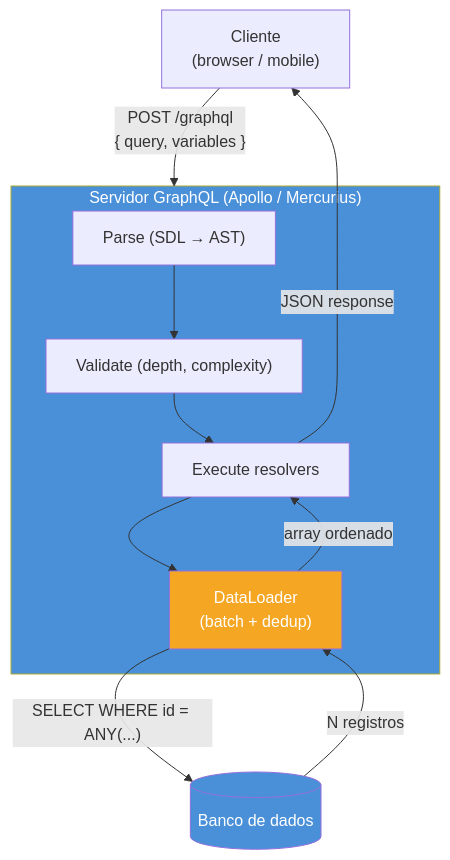
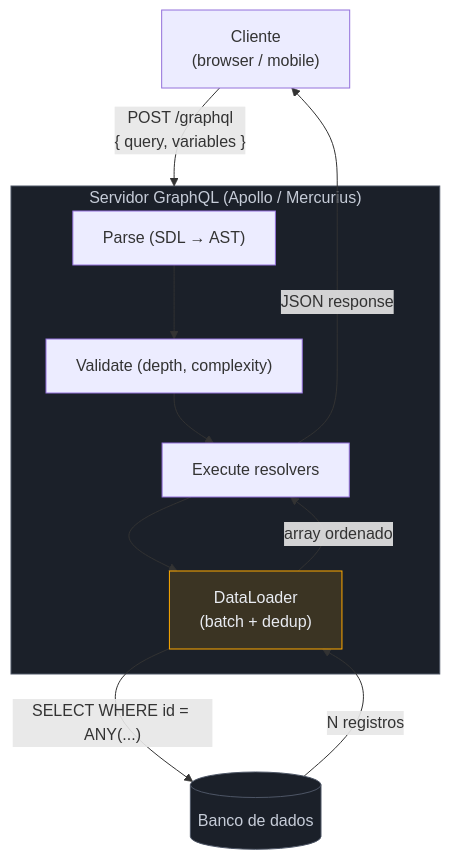
Before and after one commit to josenaldo/codex-technomanticus: the diagram in 03-Dominios/Tecnologia/Node/Integrações/06 - GraphQL com Apollo Server e Mercurius.md, drawn with Mermaid. The commit also changed 1181 other files, not shown here.

First line of the commit message:
fix(diagramas): paleta do sistema no lugar de cor cravada no markdown

````diff
--- a/03-Dominios/Tecnologia/Node/Integrações/06 - GraphQL com Apollo Server e Mercurius.md
+++ b/03-Dominios/Tecnologia/Node/Integrações/06 - GraphQL com Apollo Server e Mercurius.md
@@ -68,19 +68,21 @@
 ```mermaid
 flowchart TD
+    classDef neutro fill:#1B2029,stroke:#4E5666,color:#C6CCD8
+    classDef destaque fill:#FFAA0024,stroke:#FFAA00,color:#E9ECF2
     CL["Cliente\n(browser / mobile)"] -->|"POST /graphql\n{ query, variables }"| AS
 
     subgraph AS["Servidor GraphQL (Apollo / Mercurius)"]
         P["Parse (SDL → AST)"] --> V["Validate (depth, complexity)"]
         V --> E["Execute resolvers"]
         E --> DL["DataLoader\n(batch + dedup)"]
     end
 
     DL -->|"SELECT WHERE id = ANY(...)"| DB[("Banco de dados")]
     DB -->|"N registros"| DL
     DL -->|"array ordenado"| E
     E -->|"JSON response"| CL
 
-    style AS fill:#4A90D9,color:#fff
-    style DL fill:#F5A623,color:#fff
-    style DB fill:#4A90D9,color:#fff
+    class AS neutro
+    class DL destaque
+    class DB neutro
 ```
````
